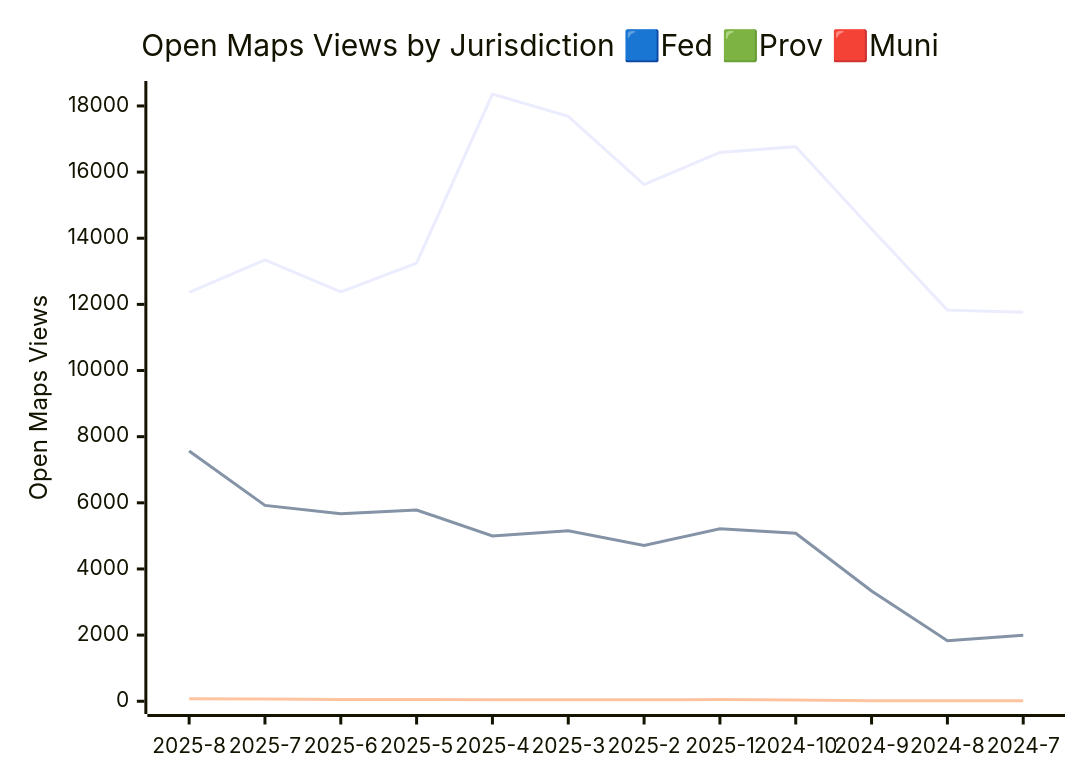
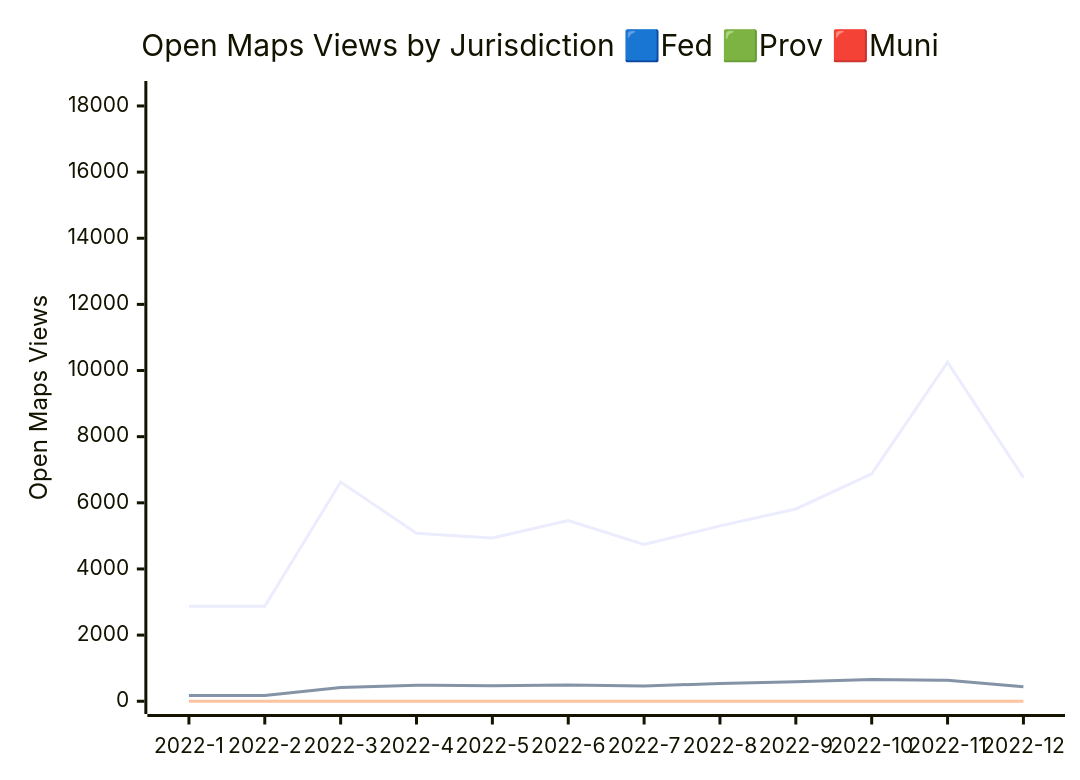
The third of 3 diagrams in JURISDICTION_ANALYTICS_REPORT/readme.md (PatLittle/analytics-corporate-reporting), drawn with Mermaid before and after one commit. The commit also changed other lines of this file and 3 other files, not shown here.

````diff
--- a/JURISDICTION_ANALYTICS_REPORT/readme.md
+++ b/JURISDICTION_ANALYTICS_REPORT/readme.md
@@ -30,10 +30,10 @@
 ```mermaid
 
 xychart-beta
     title "Open Maps Views by Jurisdiction 🟦Fed 🟩Prov 🟥Muni"
-    x-axis [2025-8, 2025-7, 2025-6, 2025-5, 2025-4, 2025-3, 2025-2, 2025-1, 2024-10, 2024-9, 2024-8, 2024-7]
+    x-axis [2022-1, 2022-2, 2022-3, 2022-4, 2022-5, 2022-6, 2022-7, 2022-8, 2022-9, 2022-10, 2022-11, 2022-12]
     y-axis "Open Maps Views" 0 --> 18369
-    line [12366, 13343, 12379, 13250, 18359, 17686, 15623, 16596, 16769, 14281, 11826, 11760]
-    line [7564, 5922, 5669, 5782, 5000, 5158, 4711, 5213, 5077, 3336, 1830, 1999]
-    line [72, 71, 51, 52, 42, 47, 45, 52, 36, 14, 17, 15]
+    line [2874, 2874, 6627, 5078, 4939, 5462, 4739, 5302, 5814, 6875, 10250, 6765]
+    line [172, 172, 417, 486, 470, 493, 460, 539, 588, 655, 632, 439]
+    line [0, 0, 0, 0, 1, 1, 0, 0, 0, 2, 3, 1]
 ```
````
